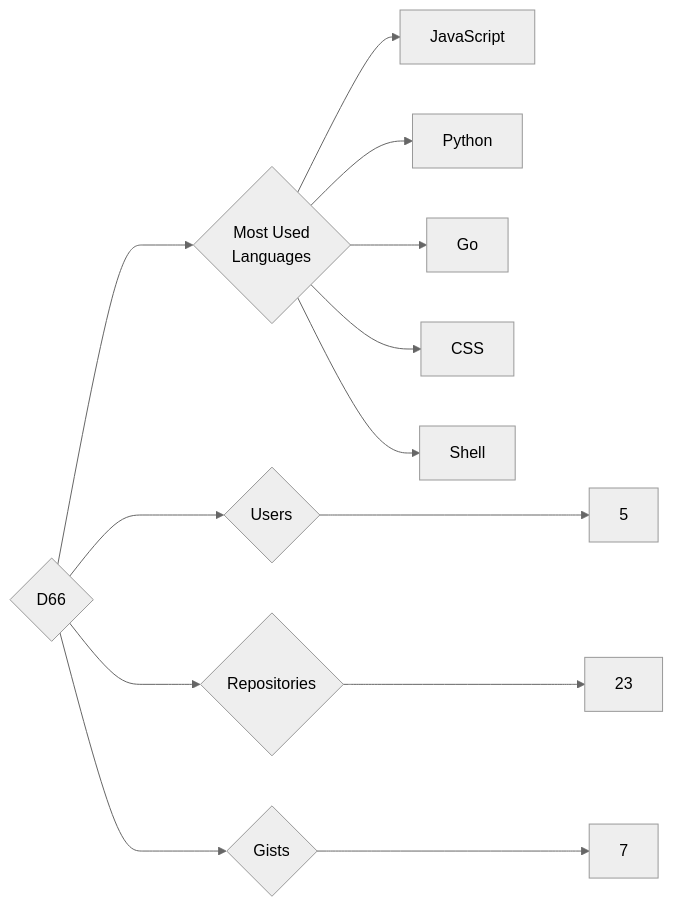
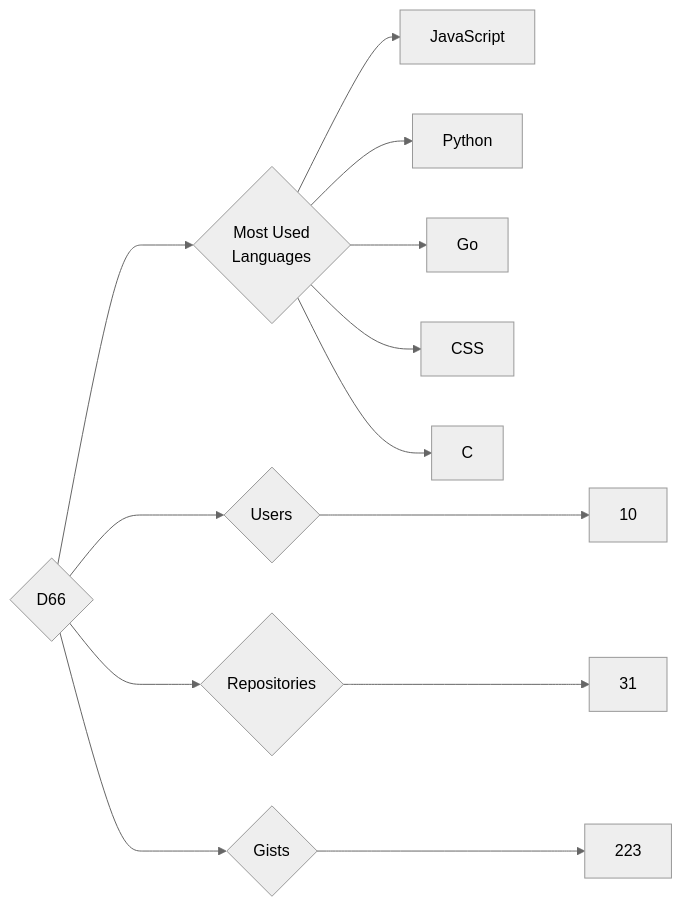
Before and after one commit to trickest/insiders: the diagram in targets/D66/README.md, drawn with Mermaid (neutral theme). The commit also changed 723 other files, not shown here.

````diff
--- a/targets/D66/README.md
+++ b/targets/D66/README.md
@@ -3,13 +3,13 @@
 ```mermaid
 graph LR
 COMPANY_NAME{D66}
-COMPANY_NAME ---> U{Users} ---> UN[5]
-COMPANY_NAME ---> R{Repositories} ---> RN[23]
-COMPANY_NAME ---> G{Gists} ---> GN[7]
+COMPANY_NAME ---> U{Users} ---> UN[10]
+COMPANY_NAME ---> R{Repositories} ---> RN[31]
+COMPANY_NAME ---> G{Gists} ---> GN[223]
 COMPANY_NAME ---> ML{Most Used<br>Languages}
 ML --> JavaScript[JavaScript]
 ML --> Python[Python]
 ML --> Go[Go]
 ML --> CSS[CSS]
-ML --> Shell[Shell]
+ML --> C[C]
 ```
````
